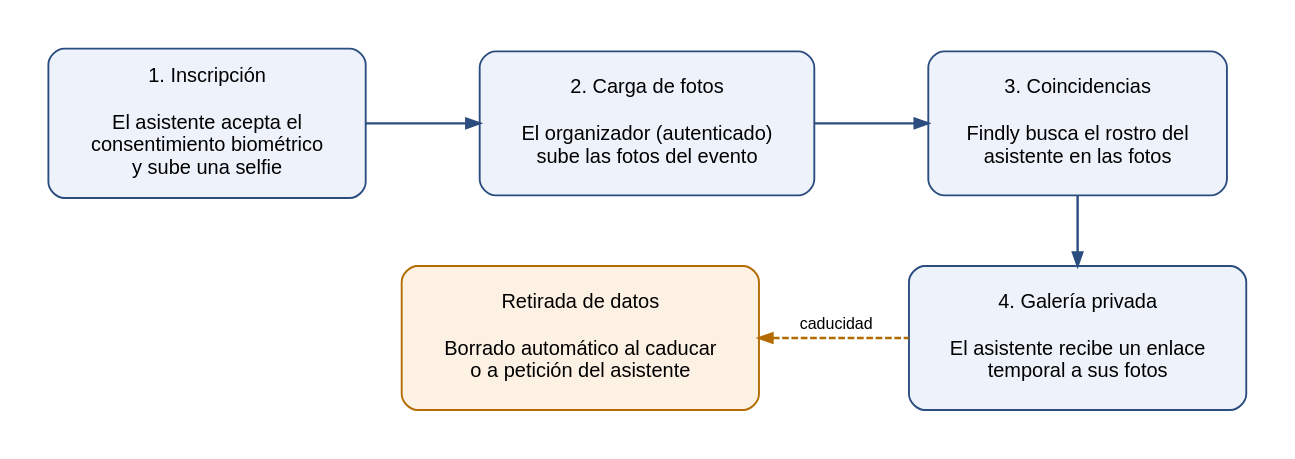
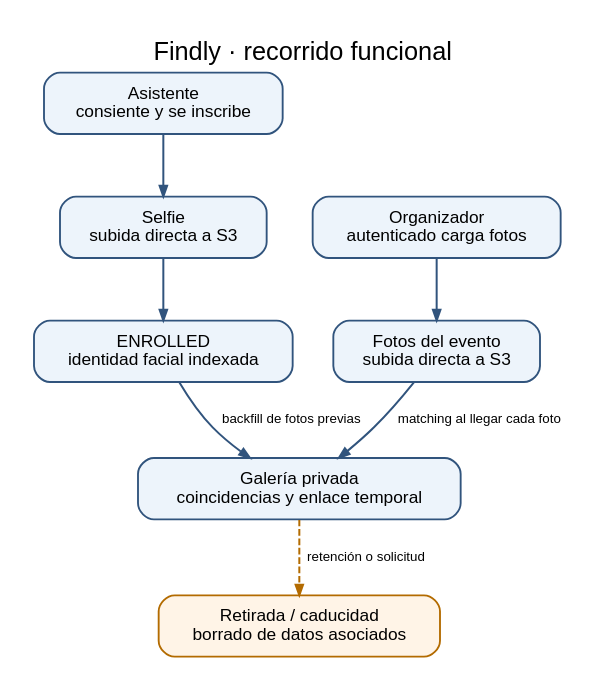
The diagram in docs/paper/memoria-findly/diagramas/flujo.dot (upc-malvaviscos/findly), drawn with Graphviz before and after one commit. The commit also changed 45 other files, not shown here.

Commit message:
docs(paper): strengthen academic evidence costs and architecture

```diff
--- a/docs/paper/memoria-findly/diagramas/flujo.dot
+++ b/docs/paper/memoria-findly/diagramas/flujo.dot
@@ -1,27 +1,22 @@
-digraph flujo {
-  rankdir=TB;
-  bgcolor="white";
-  pad=0.4;
-  nodesep=0.6;
-  ranksep=0.7;
-  fontname="Helvetica";
-  node [shape=box, style="rounded,filled", fontname="Helvetica", fontsize=15,
-        width=3.0, height=1.5, margin="0.25,0.18",
-        color="#2b4c7e", fillcolor="#eef3fb", penwidth=1.4];
-  edge [color="#2b4c7e", penwidth=1.8, arrowsize=1.0, fontname="Helvetica", fontsize=12];
+digraph recorrido {
+  graph [rankdir=TB, bgcolor="white", pad=0.25, nodesep=0.42, ranksep=0.62,
+         fontname="Helvetica", fontsize=19, labelloc=t,
+         label="Findly · recorrido funcional"];
+  node [shape=box, style="rounded,filled", fontname="Helvetica", fontsize=13,
+        margin="0.18,0.12", color="#31547d", fillcolor="#edf4fb", penwidth=1.4];
+  edge [color="#31547d", penwidth=1.5, arrowsize=0.8, fontname="Helvetica", fontsize=10];
 
-  p1 [label="1. Inscripción\n\nEl asistente acepta el\nconsentimiento biométrico\ny sube una selfie"];
-  p2 [label="2. Carga de fotos\n\nEl organizador (autenticado)\nsube las fotos del evento"];
-  p3 [label="3. Coincidencias\n\nFindly busca el rostro del\nasistente en las fotos"];
-  p4 [label="4. Galería privada\n\nEl asistente recibe un enlace\ntemporal a sus fotos"];
-  p5 [label="Retirada de datos\n\nBorrado automático al caducar\no a petición del asistente",
-      fillcolor="#fdf1e3", color="#b36b00"];
+  participant [label="Asistente\nconsiente y se inscribe"];
+  selfie [label="Selfie\nsubida directa a S3"];
+  enrolled [label="ENROLLED\nidentidad facial indexada"];
+  organizer [label="Organizador\nautenticado carga fotos"];
+  photos [label="Fotos del evento\nsubida directa a S3"];
+  gallery [label="Galería privada\ncoincidencias y enlace temporal"];
+  erase [label="Retirada / caducidad\nborrado de datos asociados", fillcolor="#fff4e7", color="#b36b00"];
 
-  { rank=same; p1; p2; p3; }
-  { rank=same; p5; p4; }
-
-  p1 -> p2;
-  p2 -> p3;
-  p3 -> p4;
-  p5 -> p4 [dir=back, style=dashed, color="#b36b00", label="  caducidad"];
+  participant -> selfie -> enrolled;
+  organizer -> photos;
+  enrolled -> gallery [label="backfill de fotos previas"];
+  photos -> gallery [label="matching al llegar cada foto"];
+  gallery -> erase [style=dashed, color="#b36b00", label="retención o solicitud"];
 }
```
